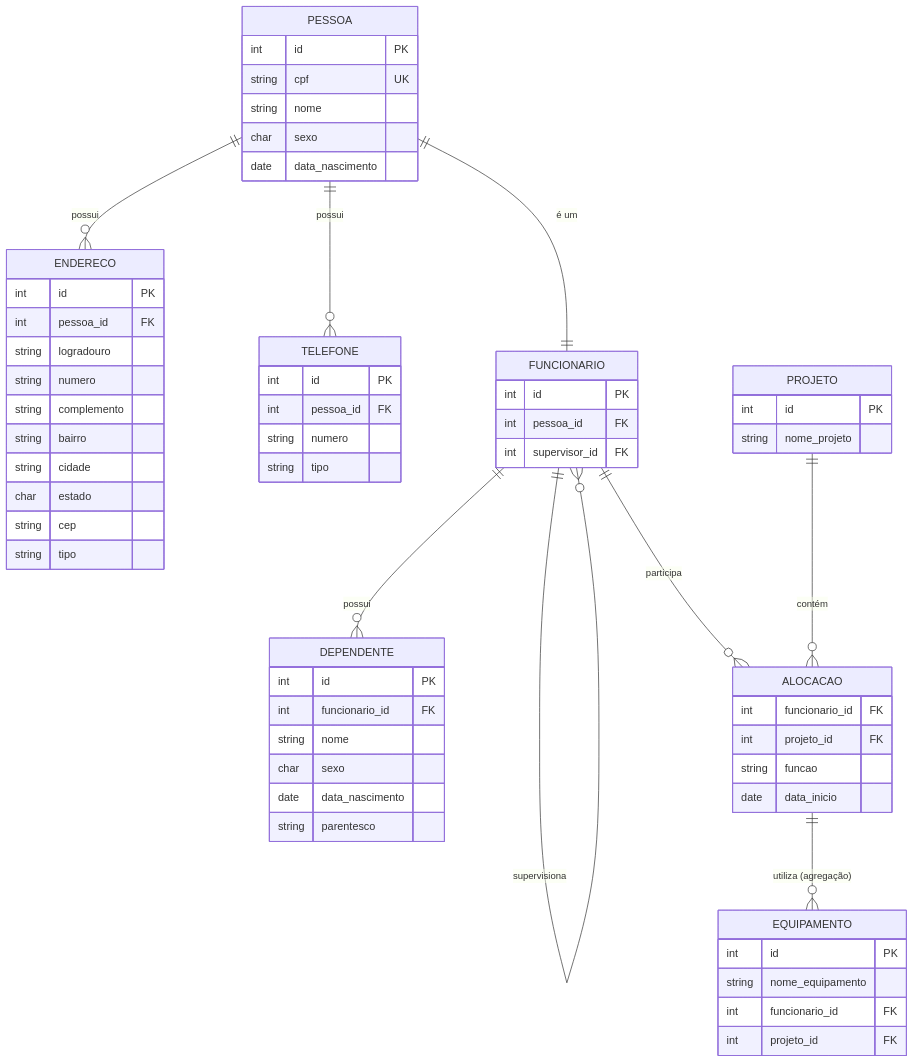
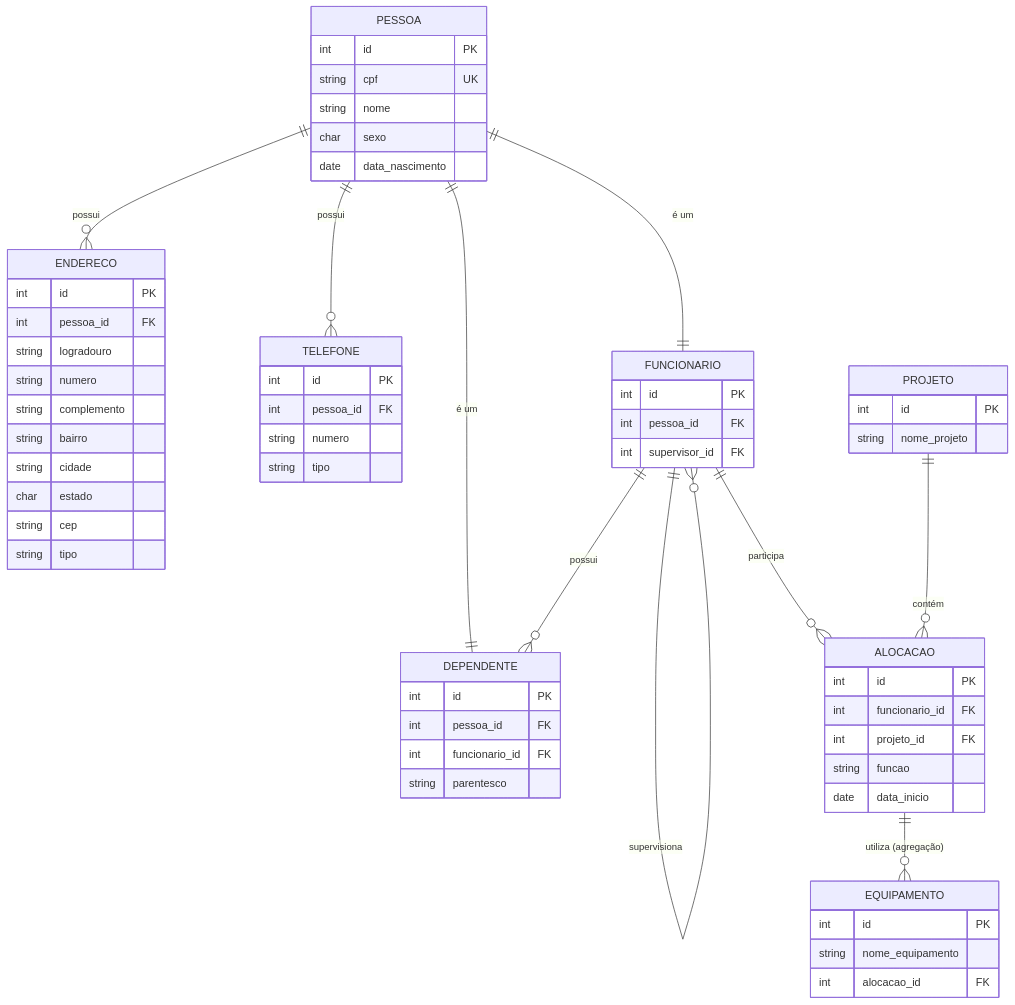
The diagram in README.md (AndreAeusy/projeto-bd-agregacao.), drawn with Mermaid before and after one commit.

````diff
--- a/README.md
+++ b/README.md
@@ -10,73 +10,72 @@
 ```mermaid
 erDiagram
   PESSOA ||--o{ ENDERECO : "possui"
   PESSOA ||--o{ TELEFONE : "possui"
   PESSOA ||--|| FUNCIONARIO : "é um"
+  PESSOA ||--|| DEPENDENTE : "é um"
   FUNCIONARIO ||--o{ FUNCIONARIO : "supervisiona"
   FUNCIONARIO ||--o{ DEPENDENTE : "possui"
   FUNCIONARIO ||--o{ ALOCACAO : "participa"
   PROJETO ||--o{ ALOCACAO : "contém"
   ALOCACAO ||--o{ EQUIPAMENTO : "utiliza (agregação)"
 
   PESSOA {
     int id PK
     string cpf UK
     string nome
     char sexo
     date data_nascimento
   }
 
   ENDERECO {
     int id PK
     int pessoa_id FK
     string logradouro
     string numero
     string complemento
     string bairro
     string cidade
     char estado
     string cep
     string tipo
   }
 
   TELEFONE {
     int id PK
     int pessoa_id FK
     string numero
     string tipo
   }
 
   FUNCIONARIO {
     int id PK
     int pessoa_id FK
     int supervisor_id FK
   }
 
   DEPENDENTE {
     int id PK
+    int pessoa_id FK
     int funcionario_id FK
-    string nome
-    char sexo
-    date data_nascimento
     string parentesco
   }
 
   PROJETO {
     int id PK
     string nome_projeto
   }
 
   ALOCACAO {
+    int id PK
     int funcionario_id FK
     int projeto_id FK
     string funcao
     date data_inicio
   }
 
   EQUIPAMENTO {
     int id PK
     string nome_equipamento
-    int funcionario_id FK
-    int projeto_id FK
+    int alocacao_id FK
   }
 ```
````
